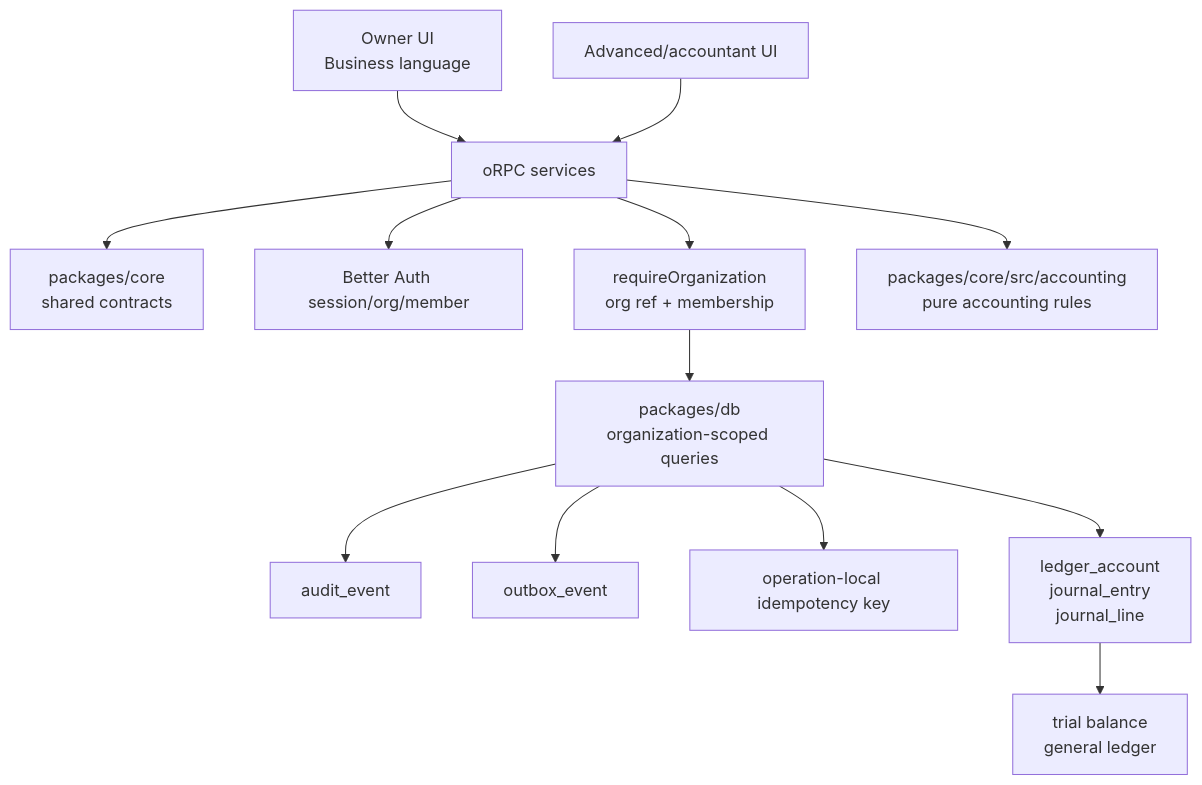
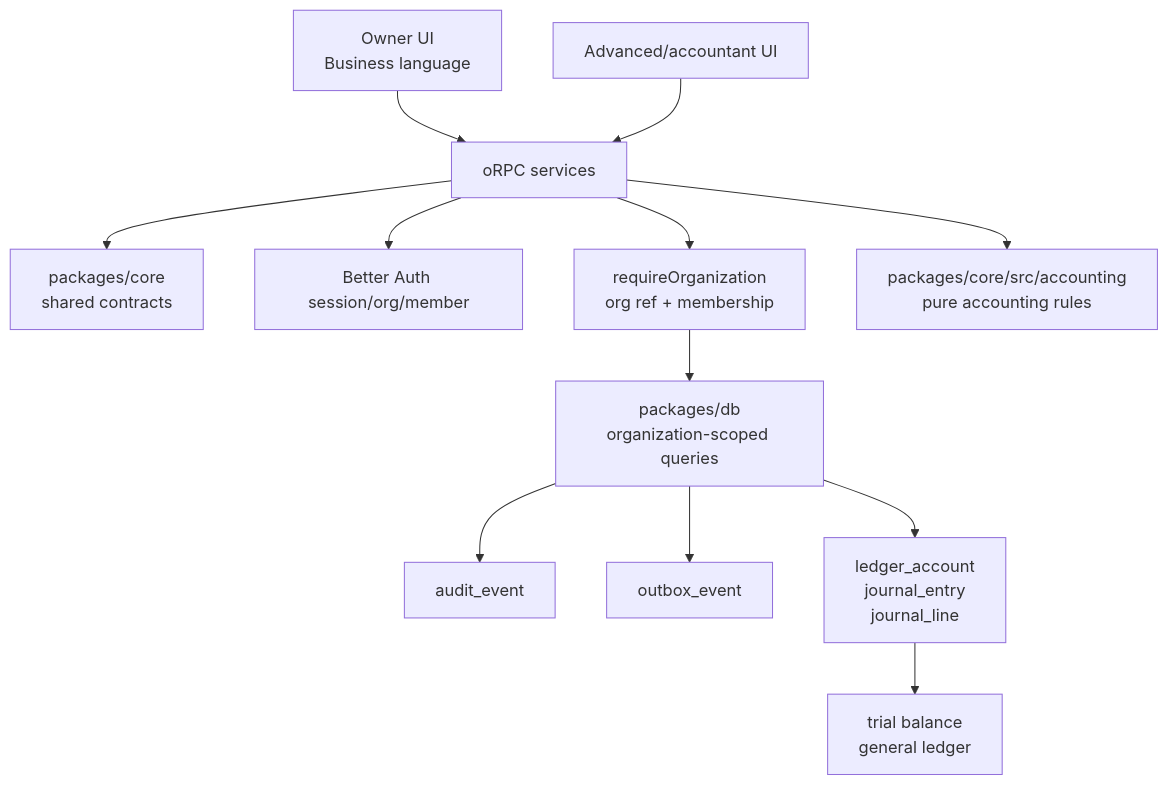
Before and after one commit to isherbuilds/edernal-books: the fifth of 6 diagrams in docs/architecture.md, drawn with Mermaid. The commit also changed other lines of this file and 44 other files, not shown here.

````diff
--- a/docs/architecture.md
+++ b/docs/architecture.md
@@ -221,15 +223,14 @@
 ```mermaid
 flowchart TD
   OwnerUI["Owner UI<br/>Business language"] --> API["oRPC services"]
   AccountantUI["Advanced/accountant UI"] --> API
   API --> Core["packages/core<br/>shared contracts"]
   API --> Auth["Better Auth session/org/member"]
   API --> OrgGuard["requireOrganization<br/>org ref + membership"]
   OrgGuard --> DBTX["packages/db<br/>organization-scoped queries"]
   API --> AccountingRules["packages/core/src/accounting<br/>pure accounting rules"]
   DBTX --> Audit["audit_event"]
   DBTX --> Outbox["outbox_event"]
-  DBTX --> OperationKey["operation-local idempotency key"]
   DBTX --> Ledger["ledger_account<br/>journal_entry<br/>journal_line"]
   Ledger --> Reports["trial balance<br/>general ledger"]
 ```
````
